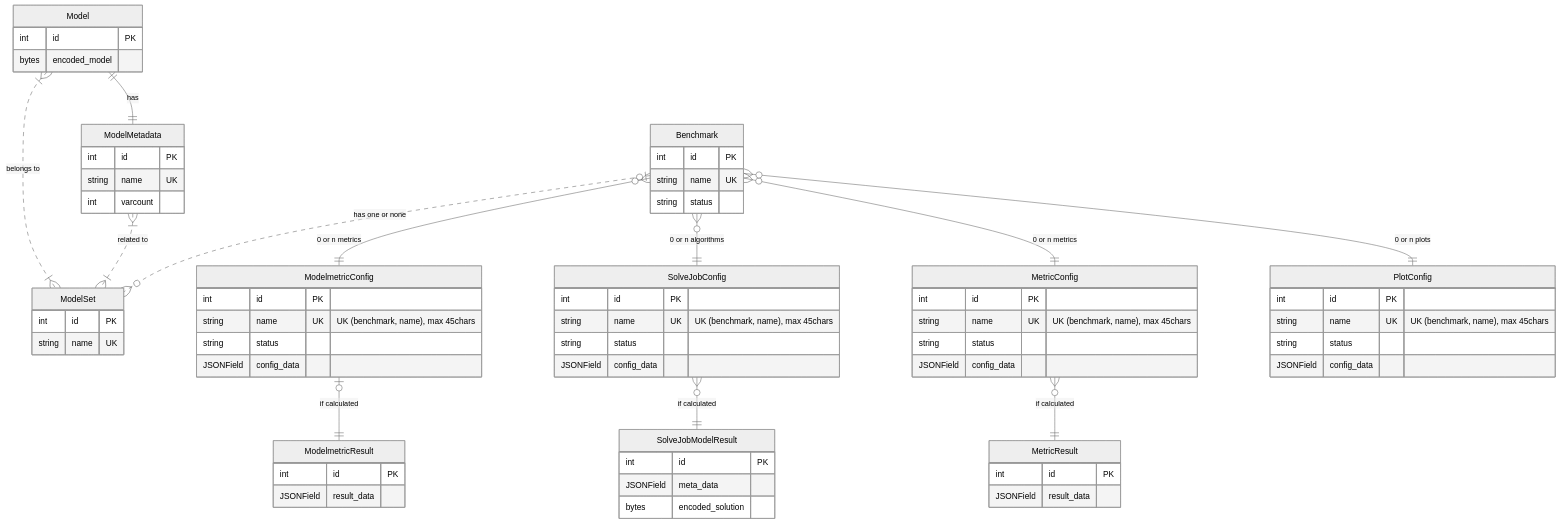
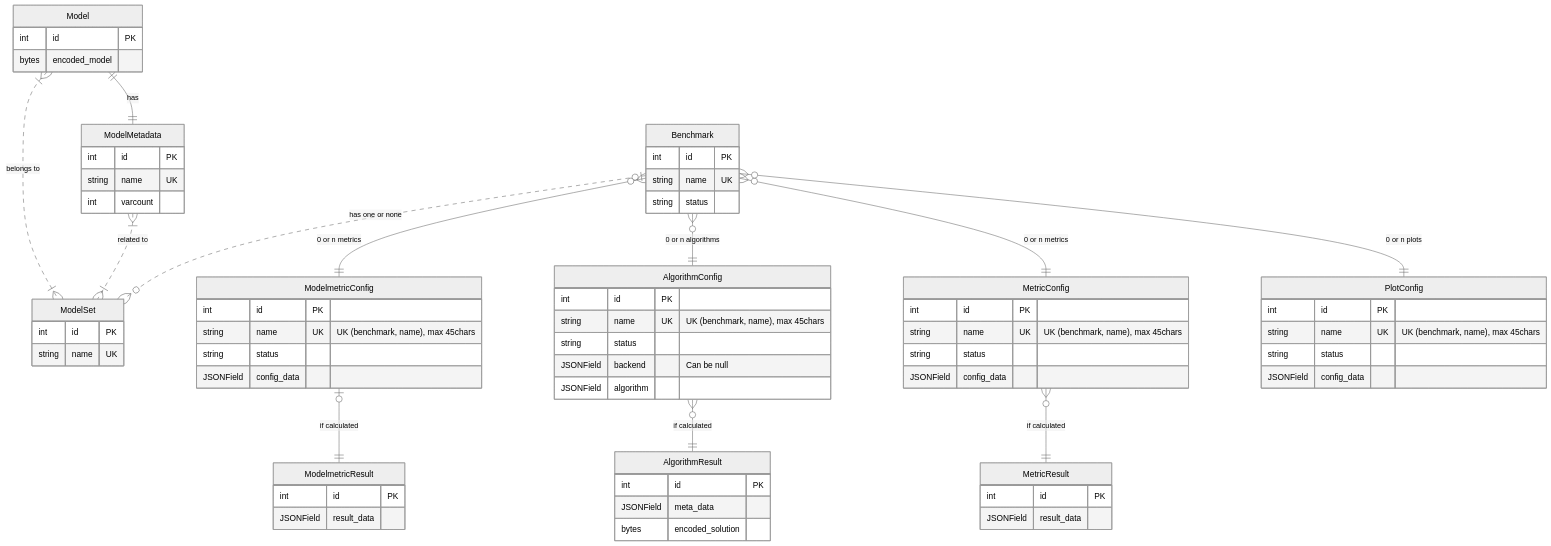
Before and after one commit to aqarios/luna-bench: the diagram in docs/database.md, drawn with Mermaid (neutral theme). The commit also changed 17 other files, not shown here.

````diff
--- a/docs/database.md
+++ b/docs/database.md
@@ -1,82 +1,84 @@
 ```mermaid
 erDiagram
     Model ||--|| ModelMetadata: has
     Model }|..|{ ModelSet: "belongs to"
     ModelMetadata }|..|{ ModelSet: "related to"
     Benchmark o|..o{ ModelSet: "has one or none"
     Benchmark }o--|| ModelmetricConfig: "0 or n metrics"
-    Benchmark }o--|| SolveJobConfig: "0 or n algorithms"
+    Benchmark }o--|| AlgorithmConfig: "0 or n algorithms"
     Benchmark }o--|| MetricConfig: "0 or n metrics"
     Benchmark }o--|| PlotConfig: "0 or n plots"
     ModelmetricConfig |o--|| ModelmetricResult: "if calculated"
-    SolveJobConfig }o--|| SolveJobModelResult: "if calculated"
+    AlgorithmConfig }o--|| AlgorithmResult: "if calculated"
     MetricConfig }o--|| MetricResult: "if calculated"
 
     Model {
         int id PK
         bytes encoded_model
     }
 
     ModelMetadata {
         int id PK
         string name UK
         int varcount
     }
 
     ModelSet {
         int id PK
         string name UK
     }
 
     Benchmark {
         int id PK
         string name UK
         string status
     }
 
     ModelmetricConfig {
         int id PK
         string name UK "UK (benchmark, name), max 45chars"
         string status
         JSONField config_data
     }
 
     ModelmetricResult {
         int id PK
         JSONField result_data
     }
 
     MetricConfig {
         int id PK
         string name UK "UK (benchmark, name), max 45chars"
         string status
         JSONField config_data
     }
 
     MetricResult {
         int id PK
         JSONField result_data
     }
 
-    SolveJobConfig {
+    AlgorithmConfig {
         int id PK
         string name UK "UK (benchmark, name), max 45chars"
         string status
-        JSONField config_data
+        
+        JSONField backend "Can be null"
+        JSONField algorithm
     }
 
-    SolveJobModelResult {
+    AlgorithmResult {
         int id PK
         JSONField meta_data
         bytes encoded_solution
     }
 
     PlotConfig {
         int id PK
         string name UK "UK (benchmark, name), max 45chars"
         string status
         JSONField config_data
     }
 
 
 ```
````
